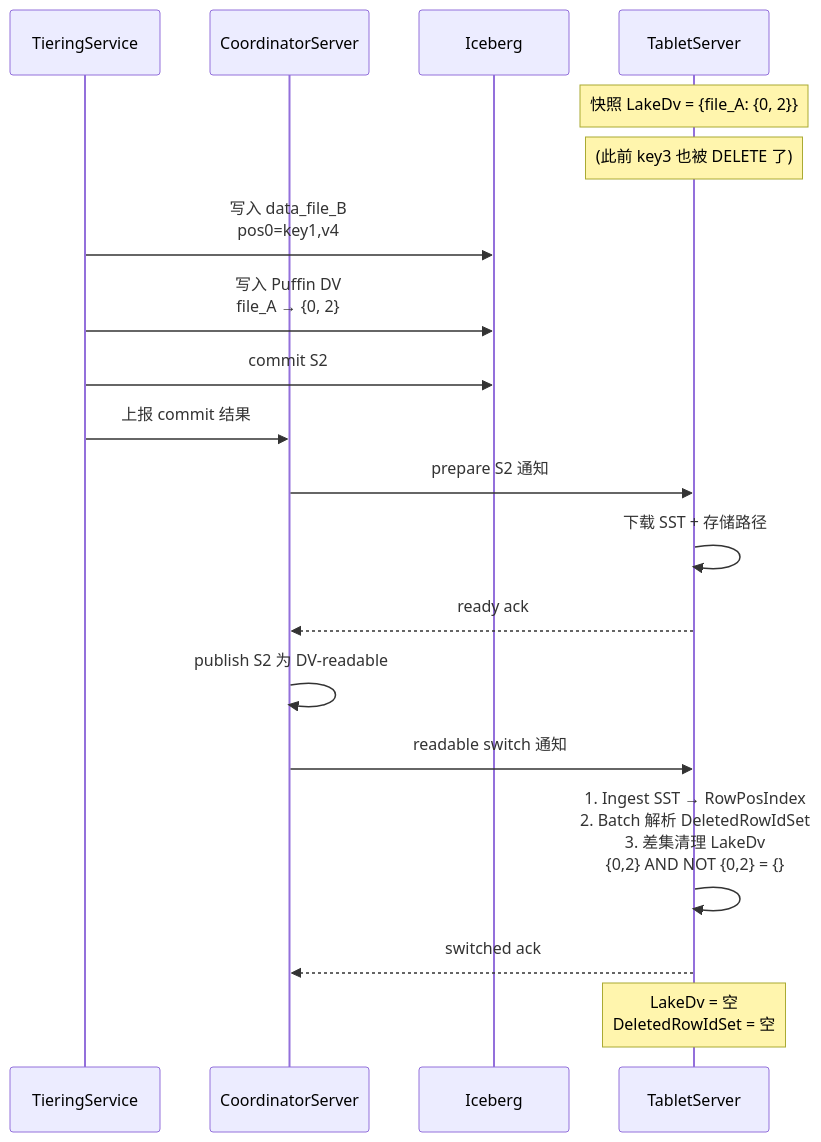
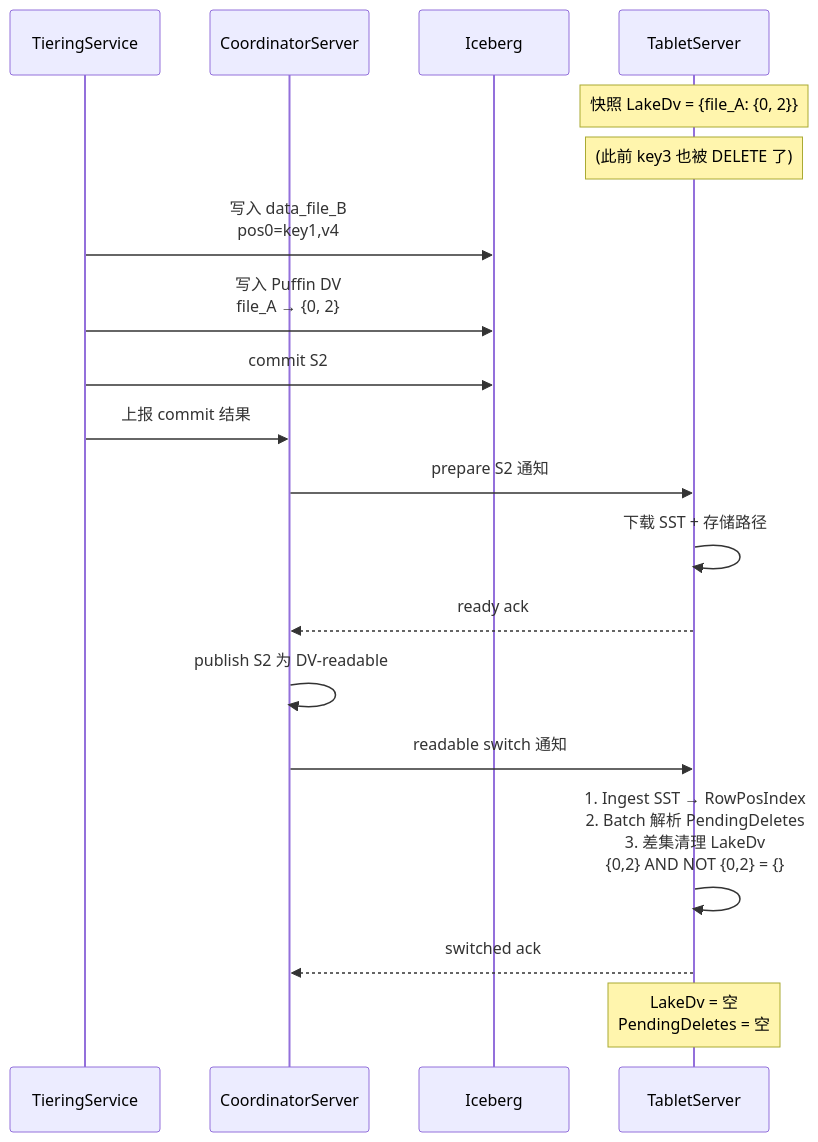
One commit to luoyuxia/fluss changed diagram 28 of 28 in design-doc/fluss-deletion-vector-overview-v2.md. Above: the diagram before and after it, drawn with Mermaid. The commit also changed other lines of this file and 1 other file, not shown here.

````diff
--- a/design-doc/fluss-deletion-vector-overview-v2.md
+++ b/design-doc/fluss-deletion-vector-overview-v2.md
@@ -736,26 +734,26 @@
 ```mermaid
 sequenceDiagram
     participant TS as TieringService
     participant CS as CoordinatorServer
     participant Ice as Iceberg
     participant Tab as TabletServer
 
     Note over Tab: 快照 LakeDv = {file_A: {0, 2}}
     Note over Tab: (此前 key3 也被 DELETE 了)
 
     TS->>Ice: 写入 data_file_B<br/>pos0=key1,v4
     TS->>Ice: 写入 Puffin DV<br/>file_A → {0, 2}
     TS->>Ice: commit S2
     TS->>CS: 上报 commit 结果
 
     CS->>Tab: prepare S2 通知
     Tab->>Tab: 下载 SST + 存储路径
     Tab-->>CS: ready ack
 
     CS->>CS: publish S2 为 DV-readable
     CS->>Tab: readable switch 通知
-    Tab->>Tab: 1. Ingest SST → RowPosIndex<br/>2. Batch 解析 DeletedRowIdSet<br/>3. 差集清理 LakeDv<br/>{0,2} AND NOT {0,2} = {}
+    Tab->>Tab: 1. Ingest SST → RowPosIndex<br/>2. Batch 解析 PendingDeletes<br/>3. 差集清理 LakeDv<br/>{0,2} AND NOT {0,2} = {}
     Tab-->>CS: switched ack
 
-    Note over Tab: LakeDv = 空<br/>DeletedRowIdSet = 空
+    Note over Tab: LakeDv = 空<br/>PendingDeletes = 空
 ```
````
